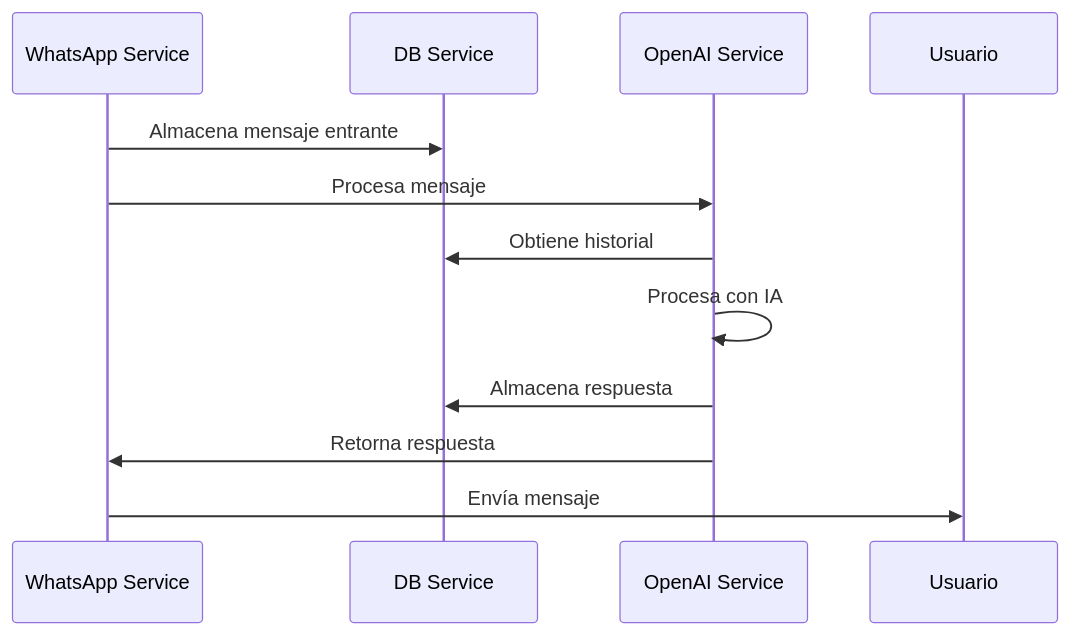
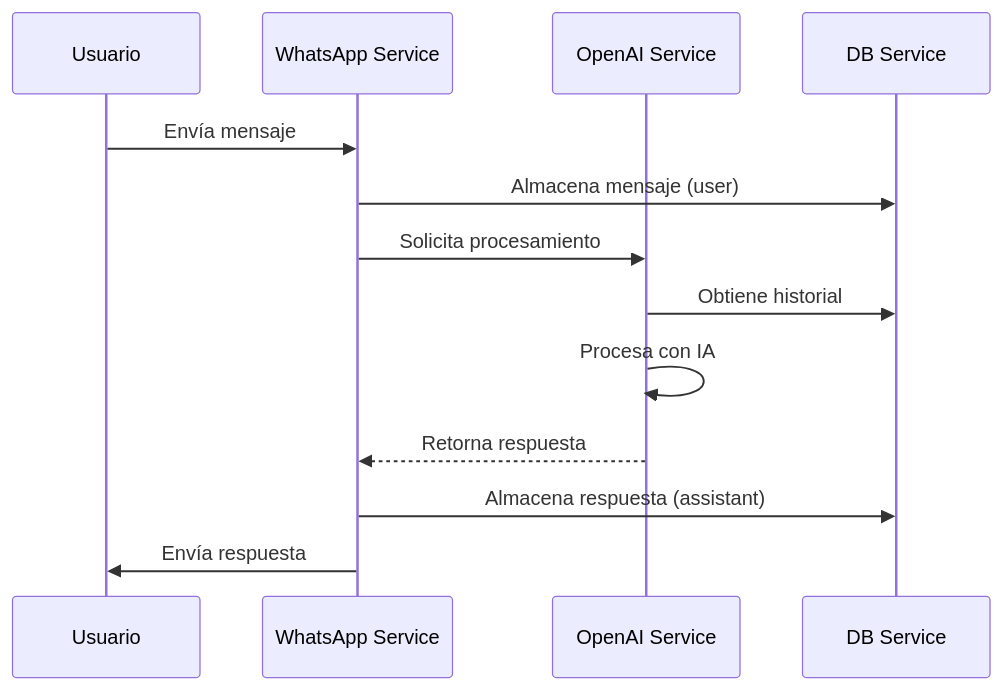
The diagram in README.md (alonsodlamilla/tuthoria_1), drawn with Mermaid before and after one commit. The commit also changed other lines of this file and 1 other file, not shown here.

````diff
--- a/README.md
+++ b/README.md
@@ -26,10 +28,16 @@
 ```mermaid
 sequenceDiagram
-    WhatsApp Service->>DB Service: Almacena mensaje entrante
-    WhatsApp Service->>OpenAI Service: Procesa mensaje
-    OpenAI Service->>DB Service: Obtiene historial
-    OpenAI Service->>OpenAI Service: Procesa con IA
-    OpenAI Service->>DB Service: Almacena respuesta
-    OpenAI Service->>WhatsApp Service: Retorna respuesta
-    WhatsApp Service->>Usuario: Envía mensaje
+    participant U as Usuario
+    participant W as WhatsApp Service
+    participant O as OpenAI Service
+    participant D as DB Service
+    
+    U->>W: Envía mensaje
+    W->>D: Almacena mensaje (user)
+    W->>O: Solicita procesamiento
+    O->>D: Obtiene historial
+    O->>O: Procesa con IA
+    O-->>W: Retorna respuesta
+    W->>D: Almacena respuesta (assistant)
+    W->>U: Envía respuesta
 ```
````
